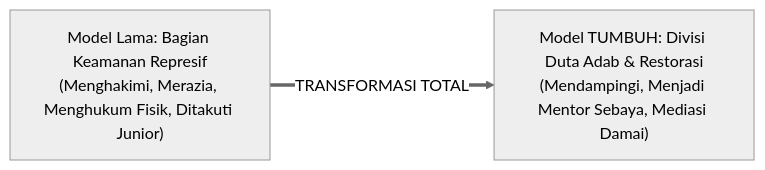
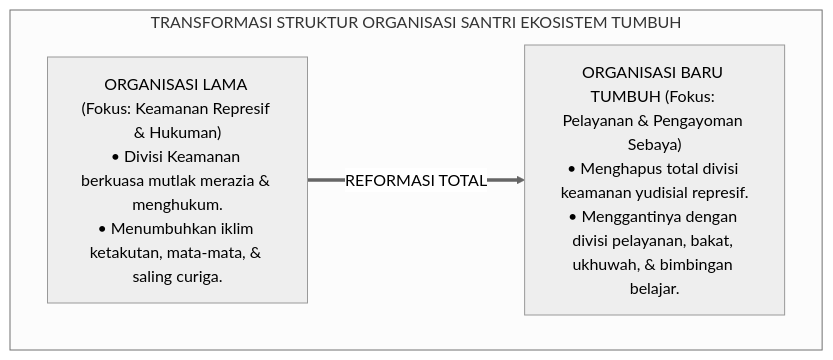
The first of 2 diagrams in BOOK-SERIES/Volume-01/Bab-04-Kritik-Feodalisme-dan-Distorsi-Tawadhu/05-Transformasi-Organisasi-Santri-Pengayom.md (wandiapriliyandi/tumbuh), drawn with Mermaid (neutral theme) before and after one commit. The commit also changed other lines of this file and 5 other files, not shown here.

Commit message:
docs(bab-04): selesaikan penulisan utuh seluruh Bab 04 Kritik Terhadap Feodalisme & Distorsi Makna Tawadhu dengan gaya renyah, hidup, dan berorientasi arsitektur Servant Qudwah TUMBUH

````diff
--- a/BOOK-SERIES/Volume-01/Bab-04-Kritik-Feodalisme-dan-Distorsi-Tawadhu/05-Transformasi-Organisasi-Santri-Pengayom.md
+++ b/BOOK-SERIES/Volume-01/Bab-04-Kritik-Feodalisme-dan-Distorsi-Tawadhu/05-Transformasi-Organisasi-Santri-Pengayom.md
@@ -15,6 +18,10 @@
 ```mermaid
-graph LR
-    Lama["Model Lama: Bagian Keamanan Represif<br/>(Menghakimi, Merazia, Menghukum Fisik, Ditakuti Junior)"]
-    Baru["Model TUMBUH: Divisi Duta Adab & Restorasi<br/>(Mendampingi, Menjadi Mentor Sebaya, Mediasi Damai)"]
-    Lama ==>|TRANSFORMASI TOTAL| Baru
+graph TD
+    subgraph TransformasiOrganisasi["TRANSFORMASI STRUKTUR ORGANISASI SANTRI EKOSISTEM TUMBUH"]
+        Lama["ORGANISASI LAMA (Fokus: Keamanan Represif & Hukuman)<br/>• Divisi Keamanan berkuasa mutlak merazia & menghukum.<br/>• Menumbuhkan iklim ketakutan, mata-mata, & saling curiga."]
+        
+        Baru["ORGANISASI BARU TUMBUH (Fokus: Pelayanan & Pengayoman Sebaya)<br/>• Menghapus total divisi keamanan yudisial represif.<br/>• Menggantinya dengan divisi pelayanan, bakat, ukhuwah, & bimbingan belajar."]
+        
+        Lama ==>|"REFORMASI TOTAL"| Baru
+    end
 ```
````
